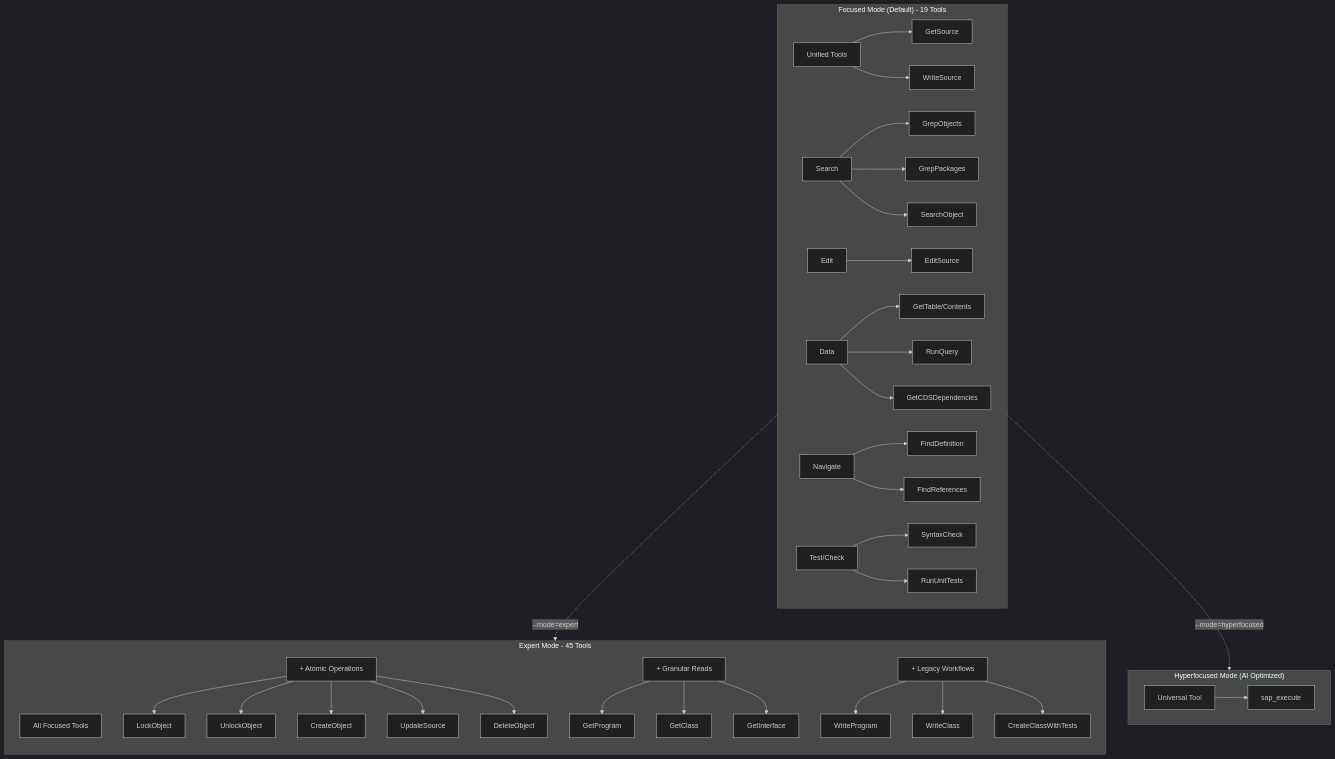
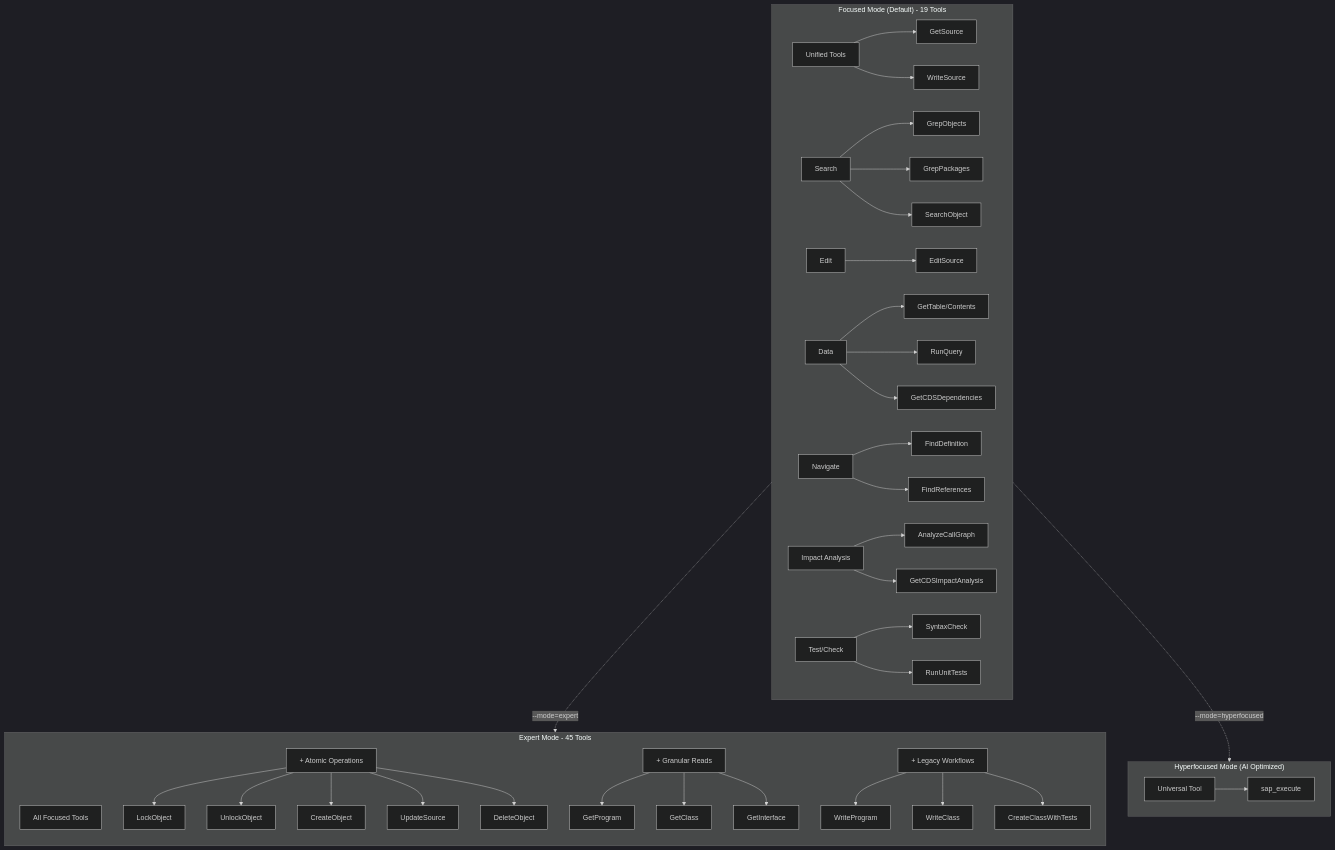
The first of 6 diagrams in docs/mcp_usage.md (5throck/abap_vibe_coding), drawn with Mermaid (dark theme) before and after one commit. The commit also changed other lines of this file and 6 other files, not shown here.

````diff
--- a/docs/mcp_usage.md
+++ b/docs/mcp_usage.md
@@ -61,58 +61,62 @@
 ```mermaid
 flowchart TD
     subgraph Focused["Focused Mode (Default) - 19 Tools"]
         U[Unified Tools]
         U --> GS[GetSource]
         U --> WS[WriteSource]
 
         S[Search]
         S --> GO[GrepObjects]
         S --> GP[GrepPackages]
         S --> SO[SearchObject]
 
         E[Edit]
         E --> ES[EditSource]
 
         D[Data]
         D --> GT[GetTable/Contents]
         D --> RQ[RunQuery]
         D --> CD[GetCDSDependencies]
 
         N[Navigate]
         N --> FD[FindDefinition]
         N --> FR[FindReferences]
+
+        I[Impact Analysis]
+        I --> AC[AnalyzeCallGraph]
+        I --> CI[GetCDSImpactAnalysis]
 
         T[Test/Check]
         T --> SC[SyntaxCheck]
         T --> UT[RunUnitTests]
     end
 
     subgraph Expert["Expert Mode - 45 Tools"]
         direction TB
         F[All Focused Tools]
         A[+ Atomic Operations]
         A --> LO[LockObject]
         A --> UO[UnlockObject]
         A --> CO[CreateObject]
         A --> US[UpdateSource]
         A --> DO[DeleteObject]
 
         G[+ Granular Reads]
         G --> GP2[GetProgram]
         G --> GC[GetClass]
         G --> GI[GetInterface]
 
         W[+ Legacy Workflows]
         W --> WP[WriteProgram]
         W --> WC[WriteClass]
         W --> CC[CreateClassWithTests]
     end
 
     subgraph Hyperfocused["Hyperfocused Mode (AI Optimized)"]
         U2[Universal Tool]
         U2 --> SAP[sap_execute]
     end
 
     Focused -.->|--mode=expert| Expert
     Focused -.->|--mode=hyperfocused| Hyperfocused
 ```
````
